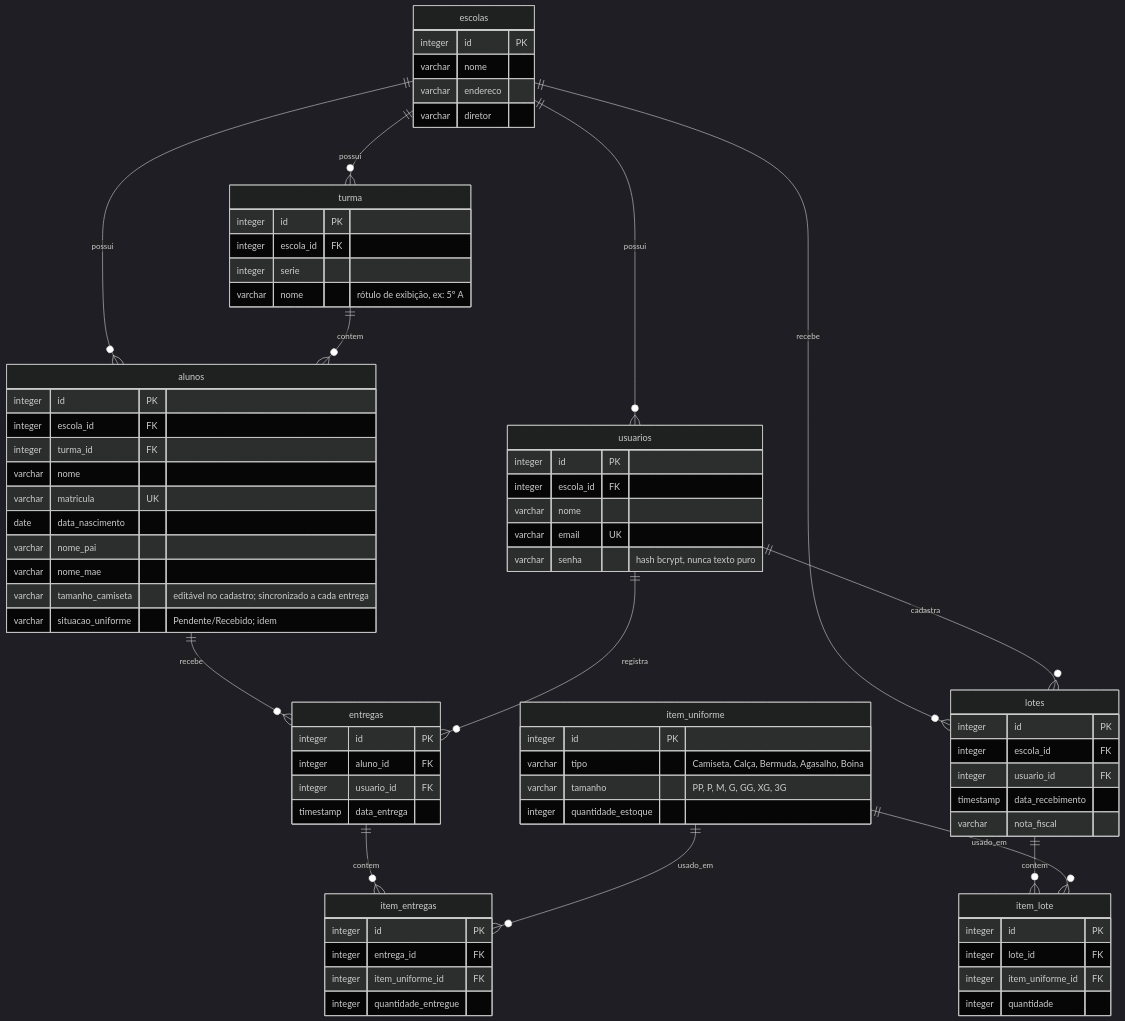
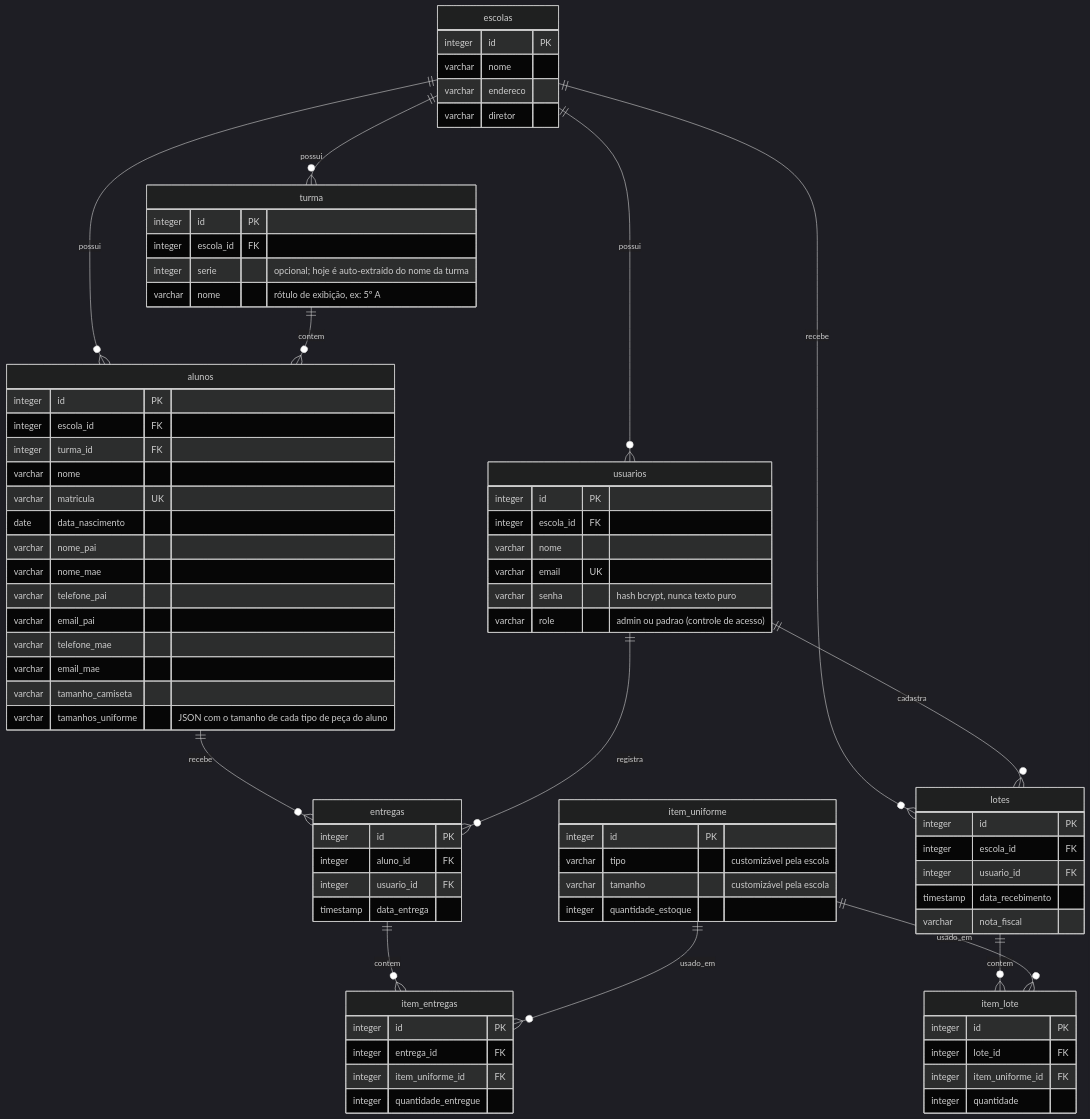
Before and after one commit to IlhaYoshida/Projeto-Controle-de-Uniformes: the diagram in docs/erd.md, drawn with Mermaid (dark theme). The commit also changed other lines of this file, not shown here.

Commit message:
docs: atualiza ERD para refletir o modelo atual do banco

```diff
--- a/docs/erd.md
+++ b/docs/erd.md
@@ -11,7 +11,7 @@
 turma {
     integer id PK
     integer escola_id FK
-    integer serie
+    integer serie "opcional; hoje é auto-extraído do nome da turma"
     varchar nome "rótulo de exibição, ex: 5º A"
 }
 
@@ -24,8 +24,12 @@
     date data_nascimento
     varchar nome_pai
     varchar nome_mae
-    varchar tamanho_camiseta "editável no cadastro; sincronizado a cada entrega"
-    varchar situacao_uniforme "Pendente/Recebido; idem"
+    varchar telefone_pai
+    varchar email_pai
+    varchar telefone_mae
+    varchar email_mae
+    varchar tamanho_camiseta
+    varchar tamanhos_uniforme "JSON com o tamanho de cada tipo de peça do aluno"
 }
 
 usuarios {
@@ -34,12 +38,13 @@
     varchar nome
     varchar email UK
     varchar senha "hash bcrypt, nunca texto puro"
+    varchar role "admin ou padrao (controle de acesso)"
 }
 
 item_uniforme {
     integer id PK
-    varchar tipo "Camiseta, Calça, Bermuda, Agasalho, Boina"
-    varchar tamanho "PP, P, M, G, GG, XG, 3G"
+    varchar tipo "customizável pela escola"
+    varchar tamanho "customizável pela escola"
     integer quantidade_estoque
 }
 
```
